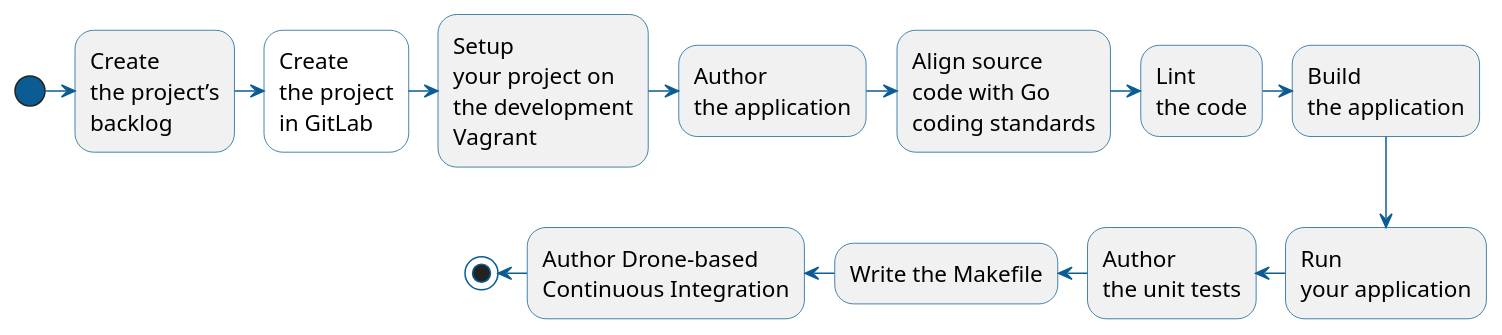
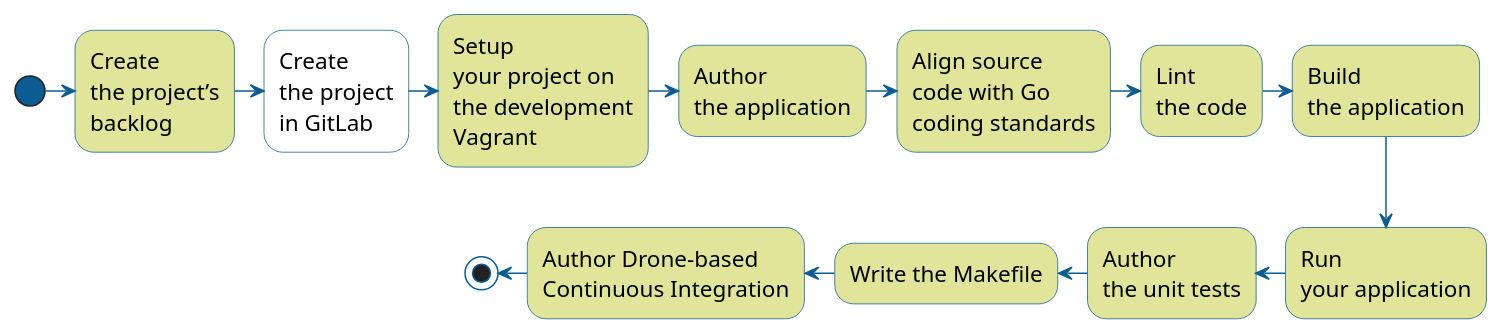
The diagram in plantuml/helloworld-create-project-in-gitlab.puml (nemonik/hands-on-DevOps), drawn with PlantUML before and after one commit.

Commit message:
corrected style

```diff
--- a/plantuml/helloworld-create-project-in-gitlab.puml
+++ b/plantuml/helloworld-create-project-in-gitlab.puml
@@ -1,54 +1,54 @@
 @startuml
 skinparam shadowing false
 
 skinparam title {
   FontStyle "Thin"
   FontSize 30
 }
 
 skinparam activity {
   BorderColor #0B5C92
-  FontName "Yanone Kaffeesatz"
+  BackgroundColor #e0e59a
   FontStyle "Thin"
   FontSize 15
 }
 
 skinparam activityDiamond {
   BorderColor #0B5C92
   BackgroundColor #e0e59a
   FontStyle "Thin"
   FontSize 15
 }
 
 skinparam activityStart {
   Color #0B5C92
 }
 
 skinparam activityEnd {
   Color #0B5C92
 }
 
 skinparam arrow {
   Color #0B5C92
 }
 
 skinparam note {
   BorderColor #0B5C92
   BackgroundColor #FEFECE
   FontStyle "Thin"
   FontSize 15
 }
 
 (*) -right->“Create\nthe project’s\nbacklog”
 -right->“Create\nthe project\nin GitLab” #FFFFFF
 -right->“Setup\nyour project on\nthe development\nVagrant”
 -right->“Author\nthe application”
 -right->“Align source\ncode with Go\ncoding standards”
 -right->“Lint\nthe code”
 -right->“Build\nthe application”
 -down->“Run\nyour application”
 -left->“Author\nthe unit tests”
 -left->“Write the Makefile”
 -left->“Author Drone-based\nContinuous Integration”
 -left-> (*)
 @enduml
```
